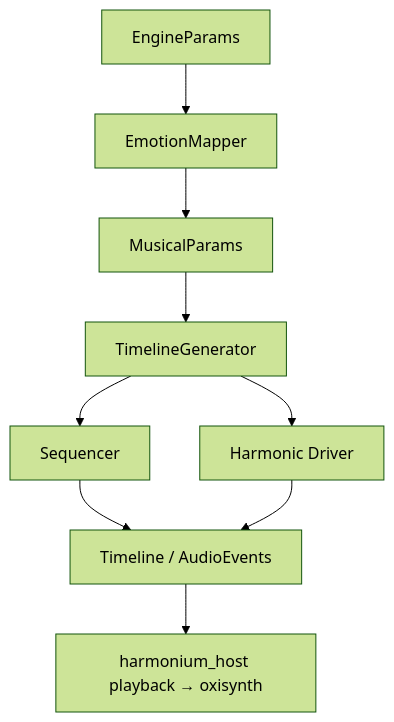
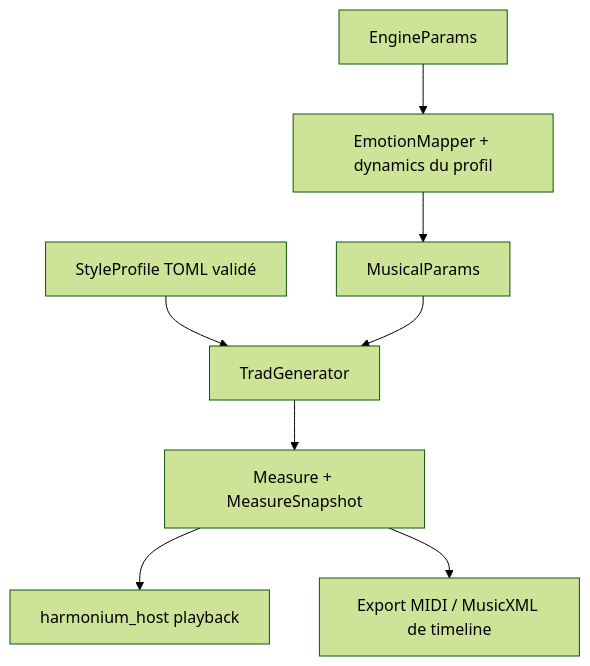
Before and after one commit to estran-studio/harmonium: the diagram in harmonium_core/README.md, drawn with Mermaid (forest theme). The commit also changed other lines of this file and 74 other files, not shown here.

````diff
--- a/harmonium_core/README.md
+++ b/harmonium_core/README.md
@@ -9,11 +9,10 @@
 ```mermaid
 graph TD
-    Emotions[EngineParams] --> Mapper[EmotionMapper]
+    Profile[StyleProfile TOML validé] --> Gen[TradGenerator]
+    Emotions[EngineParams] --> Mapper[EmotionMapper + dynamics du profil]
     Mapper --> Params[MusicalParams]
-    Params --> Gen[TimelineGenerator]
-    Gen --> Seq[Sequencer]
-    Gen --> Har[Harmonic Driver]
-    Seq --> Timeline[Timeline / AudioEvents]
-    Har --> Timeline
-    Timeline --> Host[harmonium_host playback → oxisynth]
+    Params --> Gen
+    Gen --> Measures[Measure + MeasureSnapshot]
+    Measures --> Host[harmonium_host playback]
+    Measures --> Export[Export MIDI / MusicXML de timeline]
 ```
````
